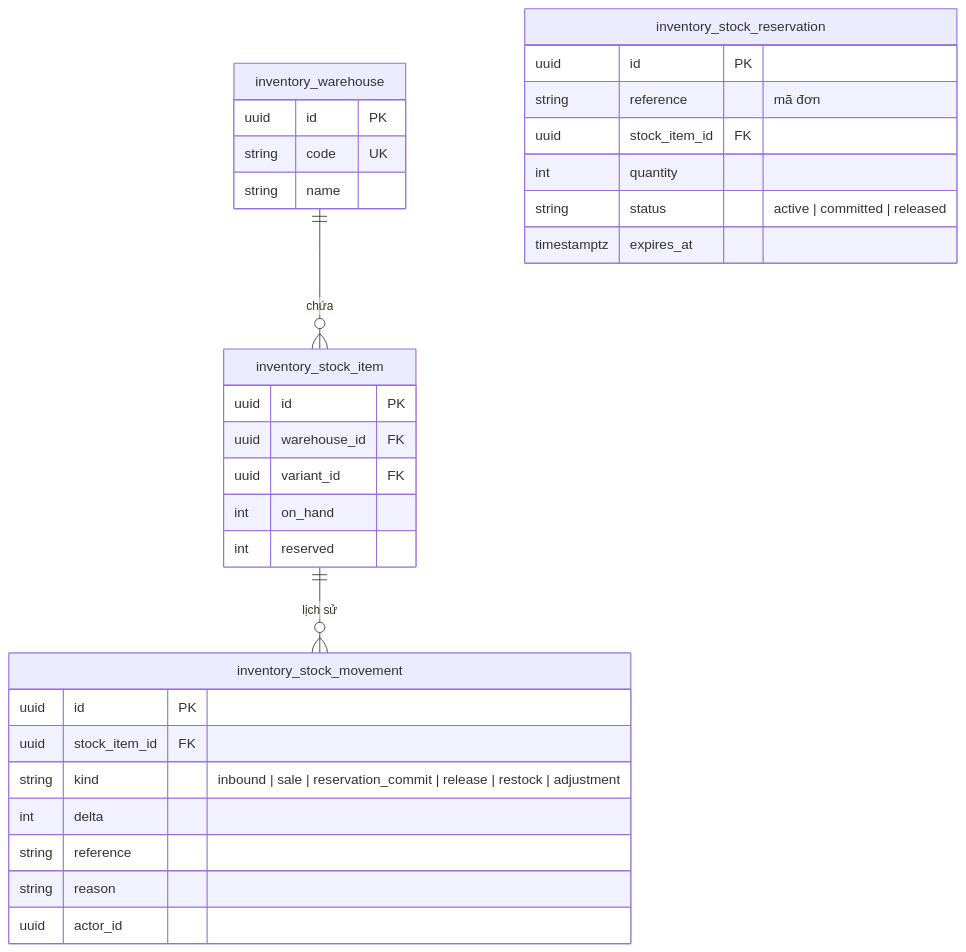
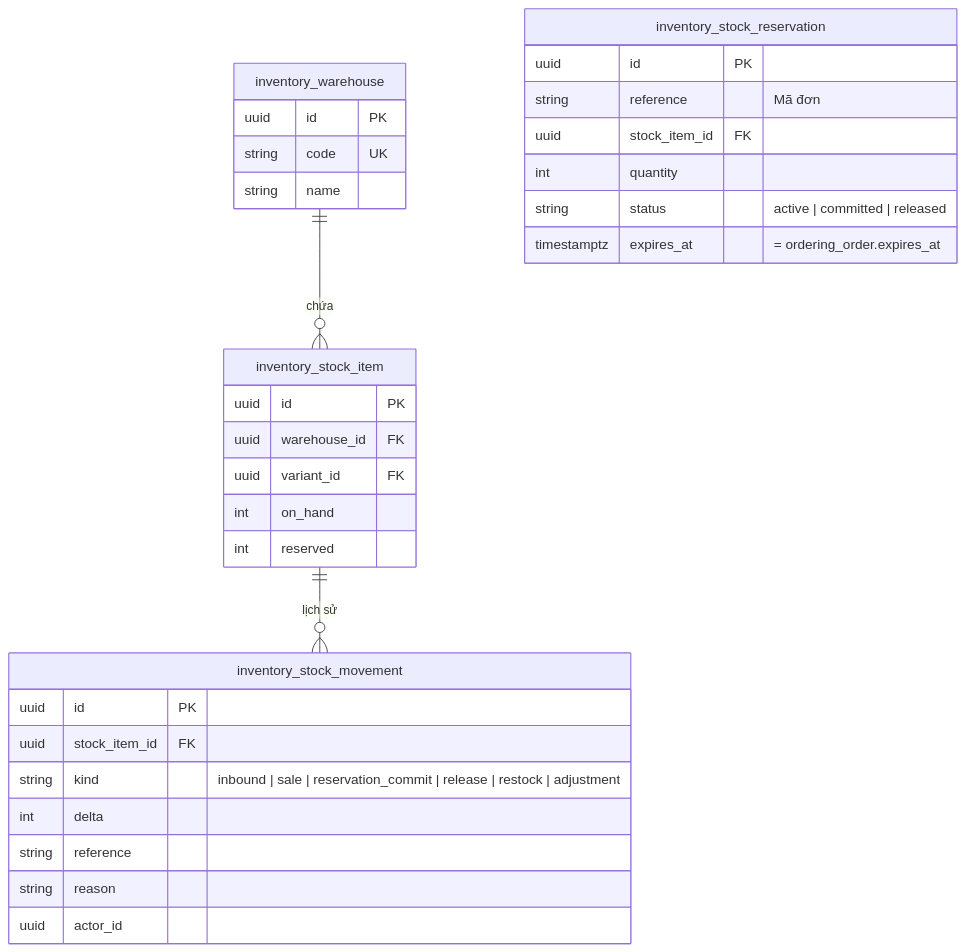
The fourth of 9 diagrams in docs/architecture/03-data-model.md (LuongCongThanh/boilerplate-ecommerce-next-16), drawn with Mermaid before and after one commit. The commit also changed other lines of this file and 21 other files, not shown here.

First line of the commit message:
docs: resolve architecture review findings

````diff
--- a/docs/architecture/03-data-model.md
+++ b/docs/architecture/03-data-model.md
@@ -173,34 +190,34 @@
 ```mermaid
 erDiagram
     inventory_warehouse ||--o{ inventory_stock_item : "chứa"
     inventory_stock_item ||--o{ inventory_stock_movement : "lịch sử"
     inventory_warehouse {
         uuid id PK
         string code UK
         string name
     }
     inventory_stock_item {
         uuid id PK
         uuid warehouse_id FK
         uuid variant_id FK
         int on_hand
         int reserved
     }
     inventory_stock_reservation {
         uuid id PK
-        string reference "mã đơn"
+        string reference "Mã đơn"
         uuid stock_item_id FK
         int quantity
         string status "active | committed | released"
-        timestamptz expires_at
+        timestamptz expires_at "= ordering_order.expires_at"
     }
     inventory_stock_movement {
         uuid id PK
         uuid stock_item_id FK
         string kind "inbound | sale | reservation_commit | release | restock | adjustment"
         int delta
         string reference
         string reason
         uuid actor_id
     }
 ```
````
